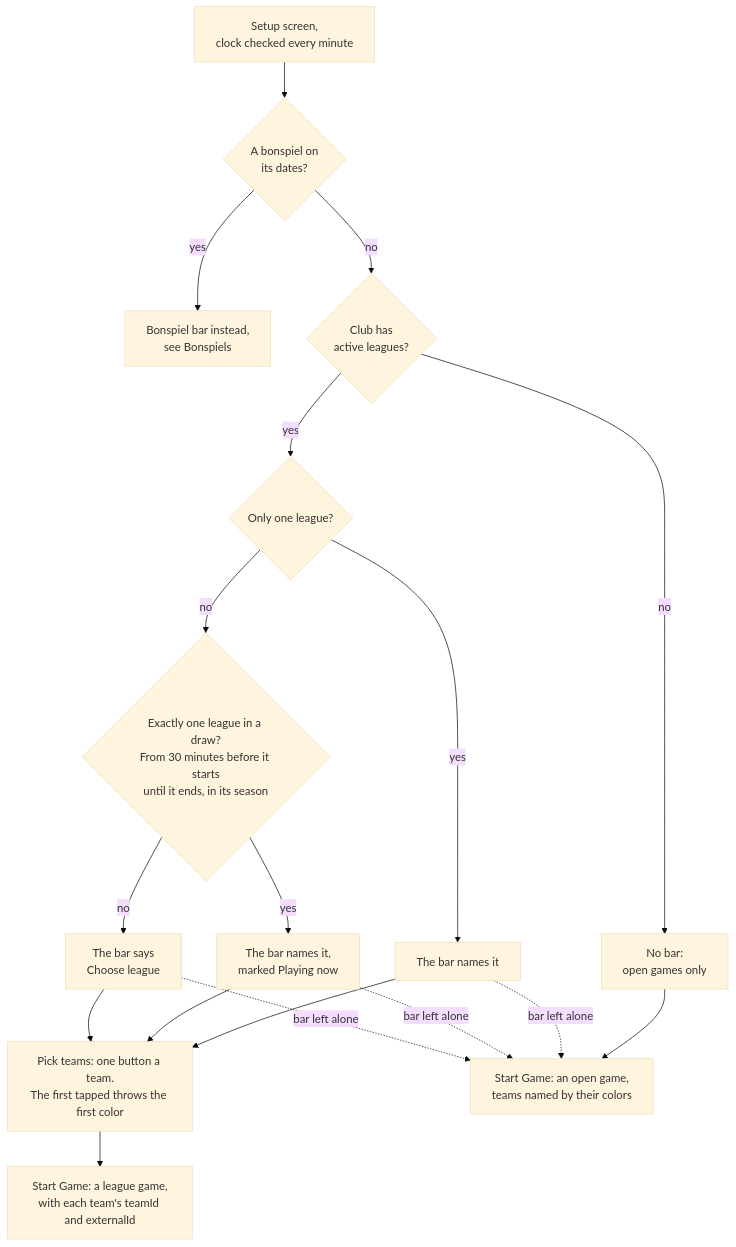
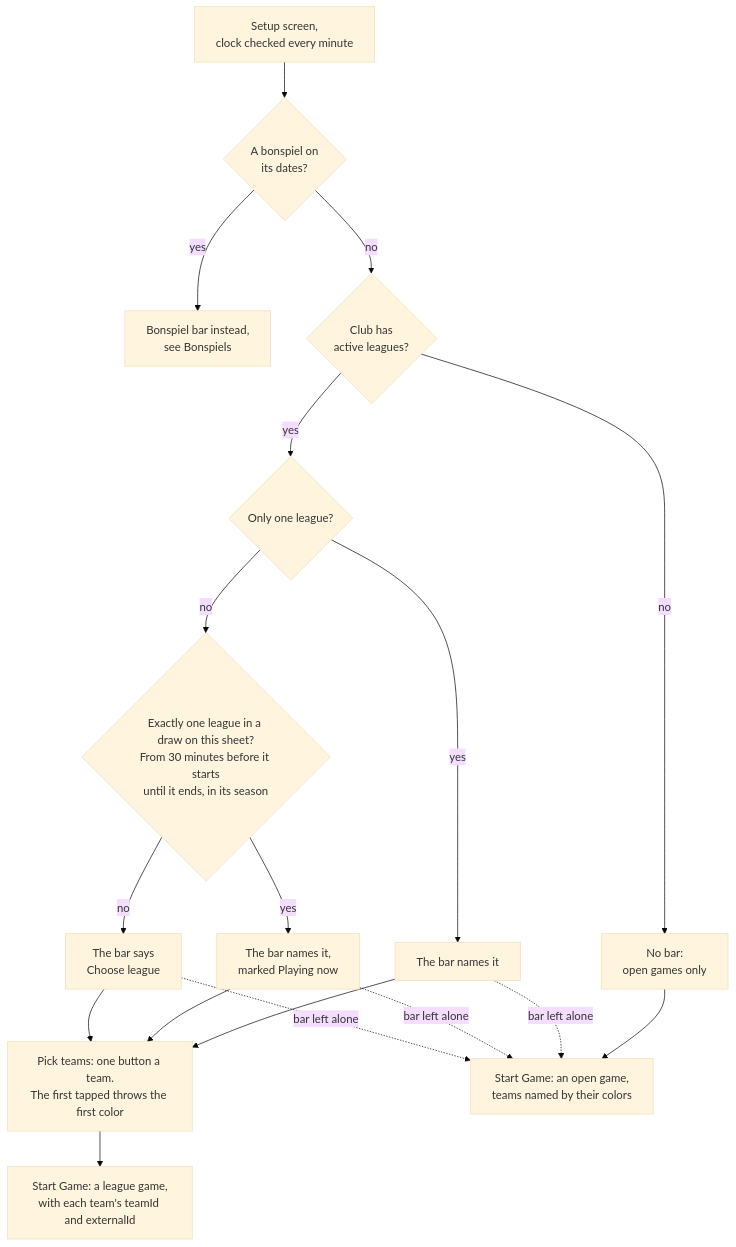
One commit to CloudgateStudios/curling_scoreboard changed the second of 2 diagrams in docs/architecture/leagues.md. Above: the diagram before and after it, drawn with Mermaid (base theme). The commit also changed other lines of this file and 41 other files, not shown here.

````diff
--- a/docs/architecture/leagues.md
+++ b/docs/architecture/leagues.md
@@ -45,20 +66,20 @@
 ```mermaid
 flowchart TD
   A["Setup screen,<br/>clock checked every minute"] --> BON{"A bonspiel on<br/>its dates?"}
   BON -- "yes" --> BONSPIEL_BAR["Bonspiel bar instead,<br/>see Bonspiels"]
   BON -- "no" --> B{"Club has<br/>active leagues?"}
   B -- "no" --> OPEN["No bar:<br/>open games only"]
   B -- "yes" --> C{"Only one league?"}
   C -- "yes" --> NAMED["The bar names it"]
-  C -- "no" --> D{"Exactly one league in a draw?<br/>From 30 minutes before it starts<br/>until it ends, in its season"}
+  C -- "no" --> D{"Exactly one league in a draw on this sheet?<br/>From 30 minutes before it starts<br/>until it ends, in its season"}
   D -- "yes" --> NOW["The bar names it,<br/>marked Playing now"]
   D -- "no" --> CHOOSE["The bar says<br/>Choose league"]
   NAMED --> PICK["Pick teams: one button a team.<br/>The first tapped throws the first color"]
   NOW --> PICK
   CHOOSE --> PICK
   PICK --> START["Start Game: a league game,<br/>with each team's teamId and externalId"]
   OPEN --> OPEN_START["Start Game: an open game,<br/>teams named by their colors"]
   NAMED -. "bar left alone" .-> OPEN_START
   NOW -. "bar left alone" .-> OPEN_START
   CHOOSE -. "bar left alone" .-> OPEN_START
 ```
````
